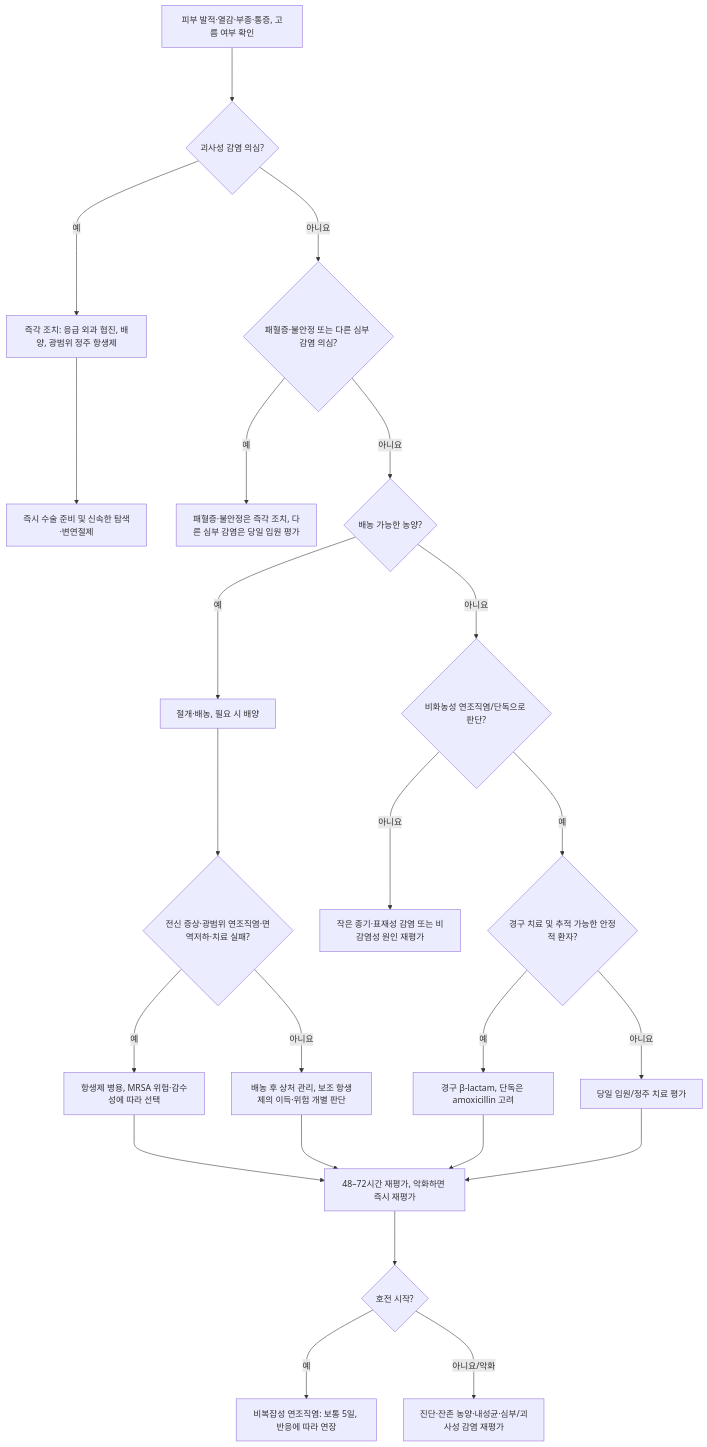
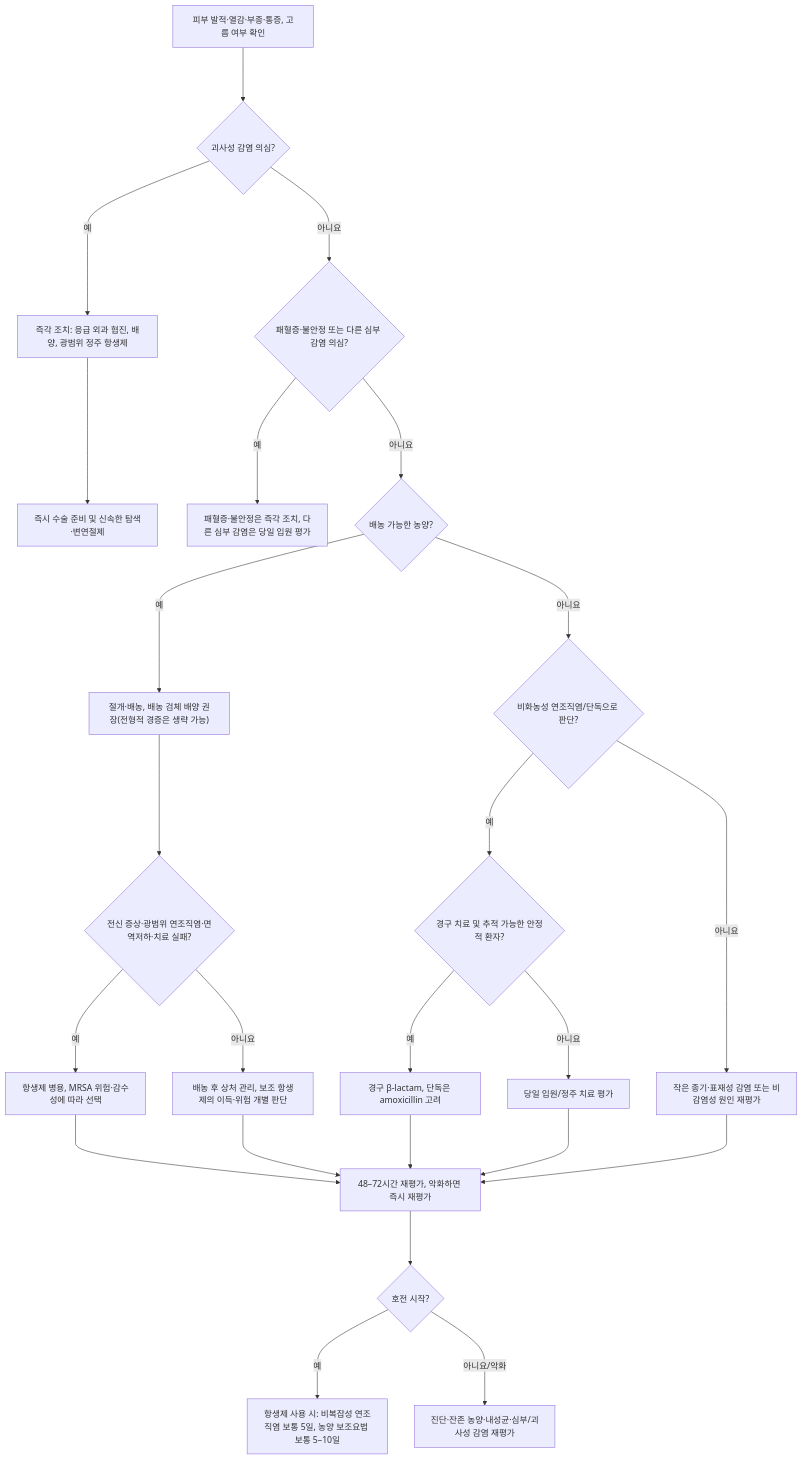
The diagram in 229_/165_-skin-soft-tissue-infection.md (familyoh77/familyoh77), drawn with Mermaid before and after one commit. The commit also changed other lines of this file and 16 other files, not shown here.

````diff
--- a/229_/165_-skin-soft-tissue-infection.md
+++ b/229_/165_-skin-soft-tissue-infection.md
@@ -181,25 +184,26 @@
 ```mermaid
 flowchart TD
     A["피부 발적·열감·부종·통증, 고름 여부 확인"] ---> B{"괴사성 감염 의심?"}
     B -- "예" ---> C["즉각 조치: 응급 외과 협진, 배양, 광범위 정주 항생제"]
     C ---> D["즉시 수술 준비 및 신속한 탐색·변연절제"]
     B -- "아니요" ---> E{"패혈증·불안정 또는 다른 심부 감염 의심?"}
     E -- "예" ---> F["패혈증·불안정은 즉각 조치, 다른 심부 감염은 당일 입원 평가"]
     E -- "아니요" ---> G{"배농 가능한 농양?"}
-    G -- "예" ---> H["절개·배농, 필요 시 배양"]
+    G -- "예" ---> H["절개·배농, 배농 검체 배양 권장(전형적 경증은 생략 가능)"]
     H ---> I{"전신 증상·광범위 연조직염·면역저하·치료 실패?"}
     I -- "예" ---> J["항생제 병용, MRSA 위험·감수성에 따라 선택"]
     I -- "아니요" ---> K["배농 후 상처 관리, 보조 항생제의 이득·위험 개별 판단"]
     G -- "아니요" ---> L{"비화농성 연조직염/단독으로 판단?"}
     L -- "아니요" ---> M["작은 종기·표재성 감염 또는 비감염성 원인 재평가"]
     L -- "예" ---> N{"경구 치료 및 추적 가능한 안정적 환자?"}
     N -- "예" ---> O["경구 β-lactam, 단독은 amoxicillin 고려"]
     N -- "아니요" ---> P["당일 입원/정주 치료 평가"]
     J ---> Q["48–72시간 재평가, 악화하면 즉시 재평가"]
     K ---> Q
     O ---> Q
     P ---> Q
+    M ---> Q
     Q ---> R{"호전 시작?"}
-    R -- "예" ---> S["비복잡성 연조직염: 보통 5일, 반응에 따라 연장"]
+    R -- "예" ---> S["항생제 사용 시: 비복잡성 연조직염 보통 5일, 농양 보조요법 보통 5–10일"]
     R -- "아니요/악화" ---> T["진단·잔존 농양·내성균·심부/괴사성 감염 재평가"]
 ```
````
